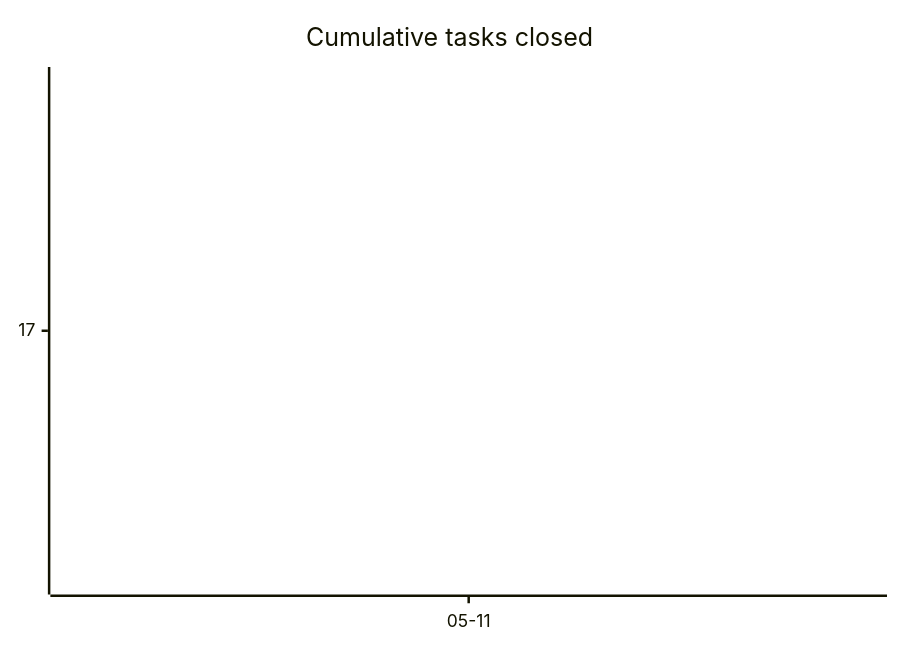
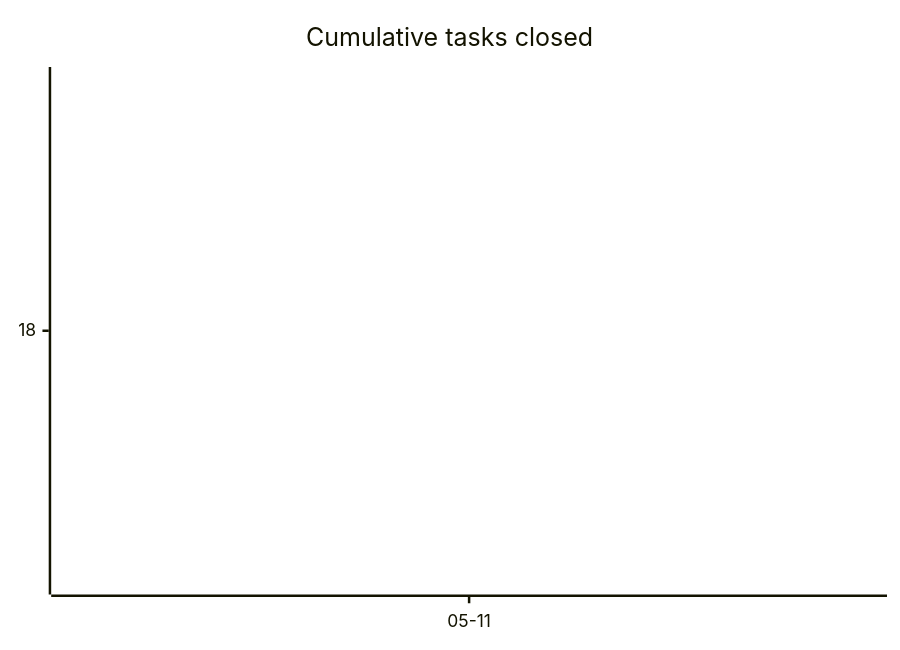
One commit to tgd1975/AwesomeGuitarPedal changed the first of 3 diagrams in docs/developers/tasks/OVERVIEW.md. Above: the diagram before and after it, drawn with Mermaid. The commit also changed other lines of this file and 2 other files, not shown here.

````diff
--- a/docs/developers/tasks/OVERVIEW.md
+++ b/docs/developers/tasks/OVERVIEW.md
@@ -22,6 +22,6 @@
 ```mermaid
 xychart-beta
     title "Cumulative tasks closed"
     x-axis ["05-11"]
-    line [17]
+    line [18]
 ```
````
